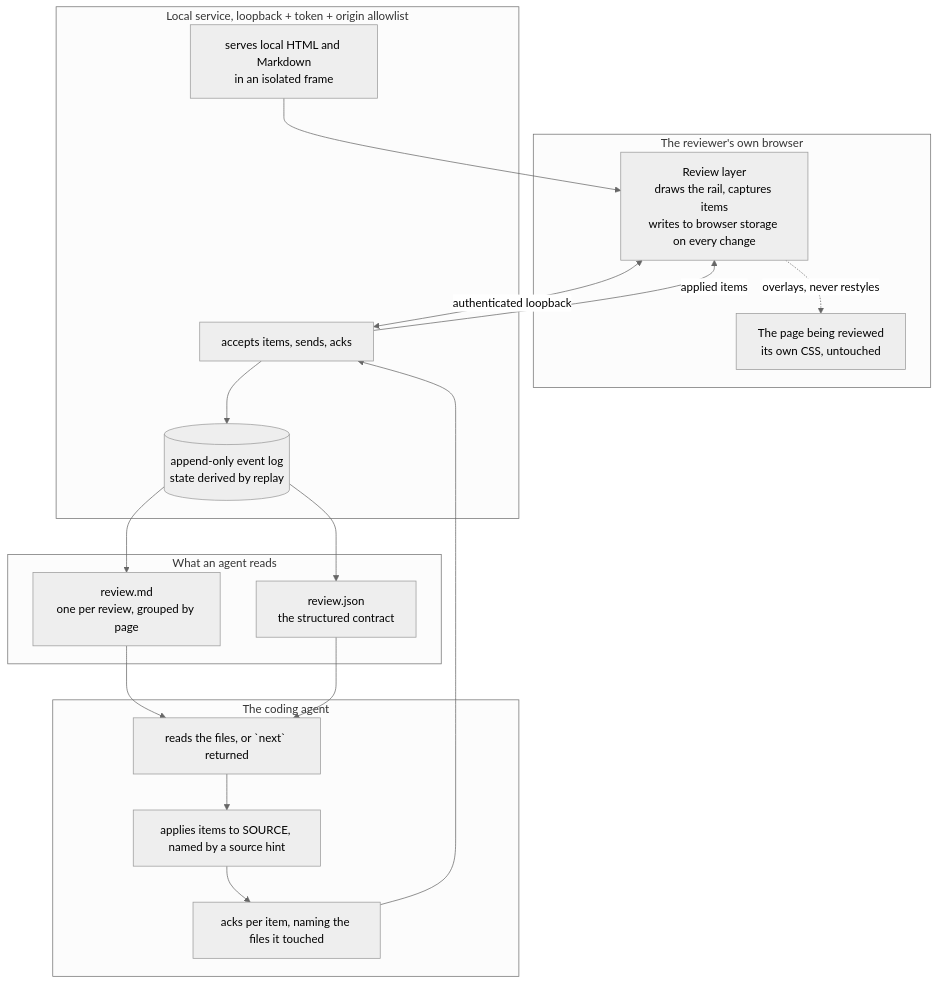
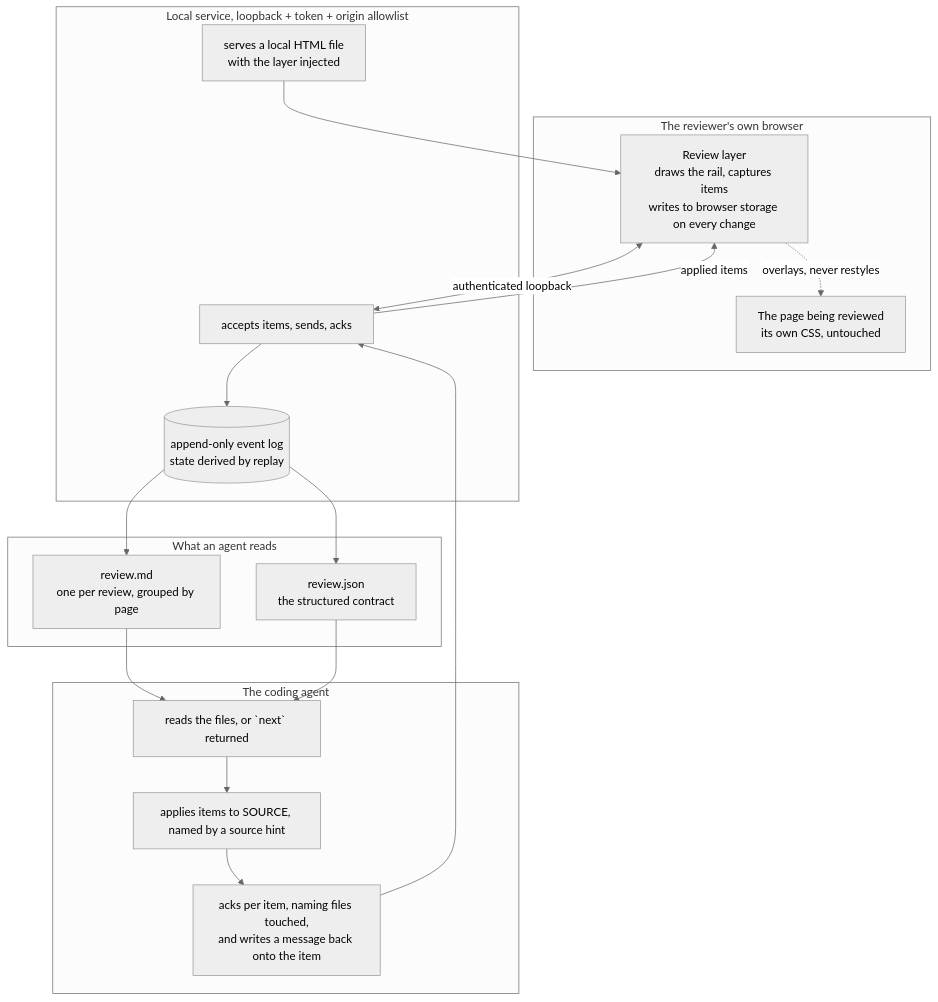
One commit to kenxle/live-agentic-html-editor changed the first of 4 diagrams in docs/features/20260812.01_live_agentic_html_editor/02_architecture_live_agentic_html_editor.md. Above: the diagram before and after it, drawn with Mermaid (neutral theme). The commit also changed other lines of this file and 1 other file, not shown here.

Commit message:
Drop Markdown, collapse to one mode, add the agent-writes-back channel

````diff
--- a/docs/features/20260812.01_live_agentic_html_editor/02_architecture_live_agentic_html_editor.md
+++ b/docs/features/20260812.01_live_agentic_html_editor/02_architecture_live_agentic_html_editor.md
@@ -29,33 +29,33 @@
 ```mermaid
 flowchart TB
     subgraph Browser["The reviewer's own browser"]
       Layer["Review layer<br/>draws the rail, captures items<br/>writes to browser storage on every change"]
       Page["The page being reviewed<br/>its own CSS, untouched"]
       Layer -.overlays, never restyles.-> Page
     end
 
     subgraph Service["Local service, loopback + token + origin allowlist"]
-      Serve["serves local HTML and Markdown<br/>in an isolated frame"]
+      Serve["serves a local HTML file<br/>with the layer injected"]
       Ingest["accepts items, sends, acks"]
       Log[("append-only event log<br/>state derived by replay")]
       Ingest --> Log
     end
 
     subgraph Disk["What an agent reads"]
       MD["review.md<br/>one per review, grouped by page"]
       JSON["review.json<br/>the structured contract"]
     end
 
     subgraph Agent["The coding agent"]
       Read["reads the files, or `next` returned"]
       Apply["applies items to SOURCE, named by a source hint"]
-      Ack["acks per item, naming the files it touched"]
+      Ack["acks per item, naming files touched,<br/>and writes a message back onto the item"]
     end
 
     Layer <-->|authenticated loopback| Ingest
     Serve --> Layer
     Log --> MD & JSON
     MD & JSON --> Read --> Apply --> Ack
     Ack --> Ingest
     Ingest -->|applied items| Layer
 ```
````
